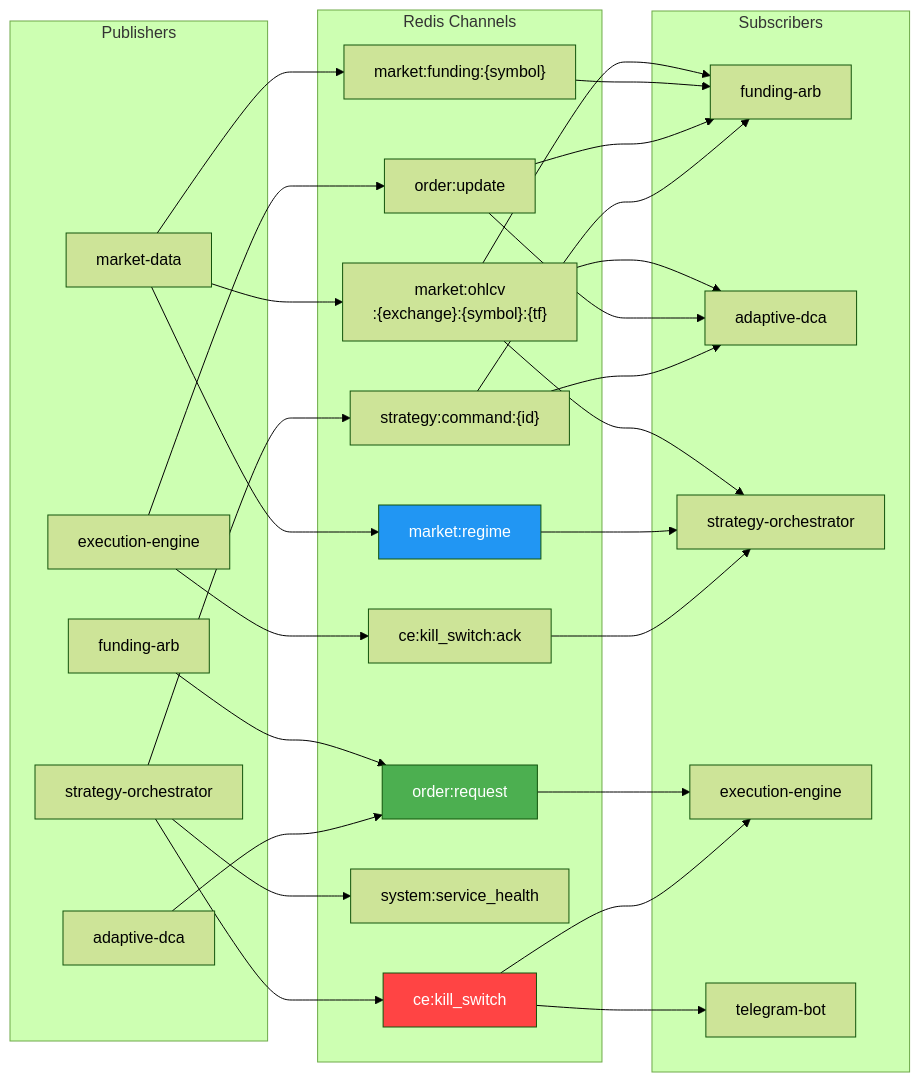
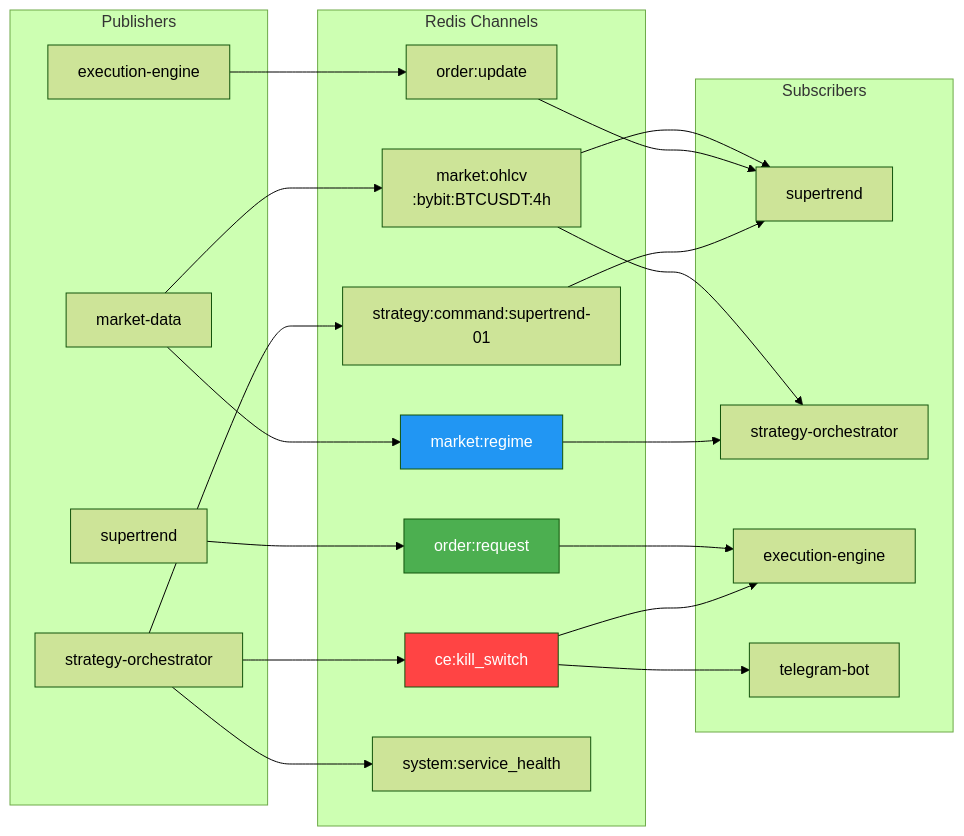
Before and after one commit to Justant-source/Bit-Mania: the diagram in docs/policies/operations/pubsub-channels.md, drawn with Mermaid (forest theme). The commit also changed other lines of this file and 8 other files, not shown here.

````diff
--- a/docs/policies/operations/pubsub-channels.md
+++ b/docs/policies/operations/pubsub-channels.md
@@ -19,59 +19,47 @@
 ```mermaid
 graph LR
     subgraph pub["Publishers"]
         MD["market-data"]
-        FA["funding-arb"]
-        DCA["adaptive-dca"]
+        ST["supertrend"]
         ORC["strategy-orchestrator"]
         ENG["execution-engine"]
     end
 
     subgraph ch["Redis Channels"]
-        C1["market:ohlcv\n:{exchange}:{symbol}:{tf}"]
+        C1["market:ohlcv\n:bybit:BTCUSDT:4h"]
         C2["market:regime"]
-        C3["market:funding:{symbol}"]
         C4["order:request"]
         C5["order:update"]
-        C6["strategy:command:{id}"]
+        C6["strategy:command:supertrend-01"]
         C7["ce:kill_switch"]
         C8["system:service_health"]
-        C9["ce:kill_switch:ack"]
     end
 
     subgraph sub["Subscribers"]
-        FA2["funding-arb"]
-        DCA2["adaptive-dca"]
+        ST2["supertrend"]
         ORC2["strategy-orchestrator"]
         ENG2["execution-engine"]
         TG["telegram-bot"]
     end
 
     MD --> C1
     MD --> C2
-    MD --> C3
-    FA --> C4
-    DCA --> C4
     ORC --> C6
     ORC --> C7
     ORC --> C8
+    ST --> C4
     ENG --> C5
-    ENG --> C9
 
-    C1 --> FA2
-    C1 --> DCA2
+    C1 --> ST2
     C1 --> ORC2
     C2 --> ORC2
-    C3 --> FA2
     C4 --> ENG2
-    C5 --> FA2
-    C5 --> DCA2
-    C6 --> FA2
-    C6 --> DCA2
+    C5 --> ST2
+    C6 --> ST2
     C7 --> ENG2
     C7 --> TG
-    C9 --> ORC2
 
     style C7 fill:#ff4444,color:#fff
     style C4 fill:#4caf50,color:#fff
     style C2 fill:#2196f3,color:#fff
 ```
````
